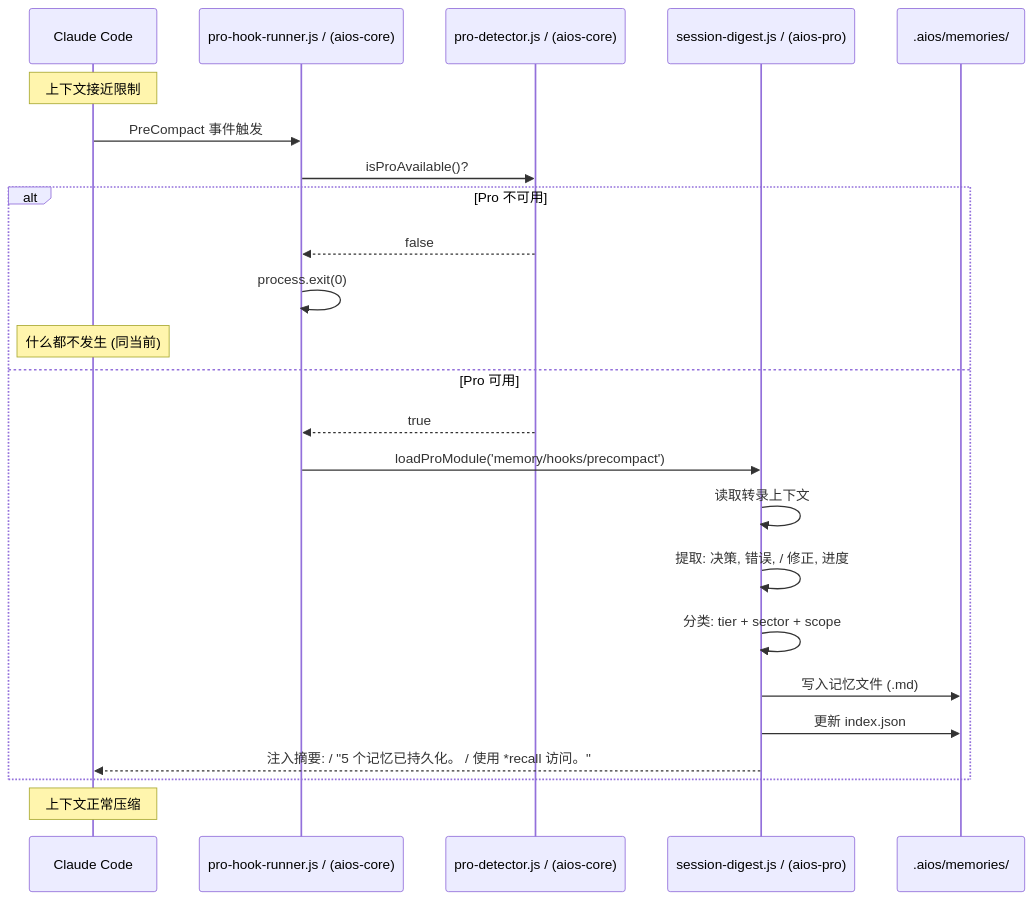
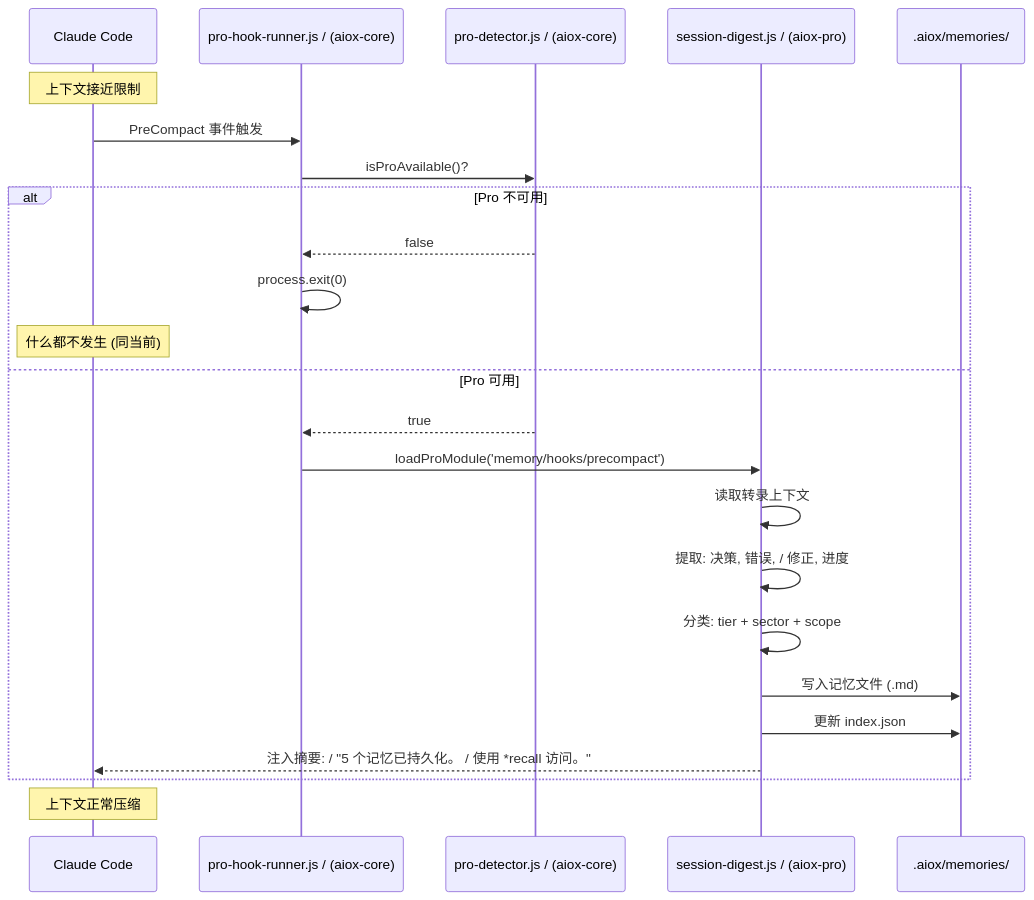
Before and after one commit to bychrisr/aios-docs: the ninth of 11 diagrams in content/en/docs/zh/guides/MEMORY-INTELLIGENCE-SYSTEM.mdx, drawn with Mermaid. The commit also changed other lines of this file and 564 other files, not shown here.

Commit message:
chore(sync): auto-sync from aios-core 2026-03-05 [skip ci]

````diff
--- a/content/en/docs/zh/guides/MEMORY-INTELLIGENCE-SYSTEM.mdx
+++ b/content/en/docs/zh/guides/MEMORY-INTELLIGENCE-SYSTEM.mdx
@@ -677,31 +677,31 @@
 ```mermaid
 sequenceDiagram
     participant CC as Claude Code
-    participant HR as pro-hook-runner.js / (aios-core)
-    participant PD as pro-detector.js / (aios-core)
-    participant SD as session-digest.js / (aios-pro)
-    participant FS as .aios/memories/
+    participant HR as pro-hook-runner.js / (aiox-core)
+    participant PD as pro-detector.js / (aiox-core)
+    participant SD as session-digest.js / (aiox-pro)
+    participant FS as .aiox/memories/
 
     Note over CC: 上下文接近限制
 
     CC->>HR: PreCompact 事件触发
     HR->>PD: isProAvailable()?
 
     alt Pro 不可用
         PD-->>HR: false
         HR->>HR: process.exit(0)
         Note over CC: 什么都不发生 (同当前)
     else Pro 可用
         PD-->>HR: true
         HR->>SD: loadProModule('memory/hooks/precompact')
 
         SD->>SD: 读取转录上下文
         SD->>SD: 提取: 决策, 错误, / 修正, 进度
         SD->>SD: 分类: tier + sector + scope
         SD->>FS: 写入记忆文件 (.md)
         SD->>FS: 更新 index.json
         SD-->>CC: 注入摘要: / "5 个记忆已持久化。 / 使用 *recall 访问。"
     end
 
     Note over CC: 上下文正常压缩
 ```
````
